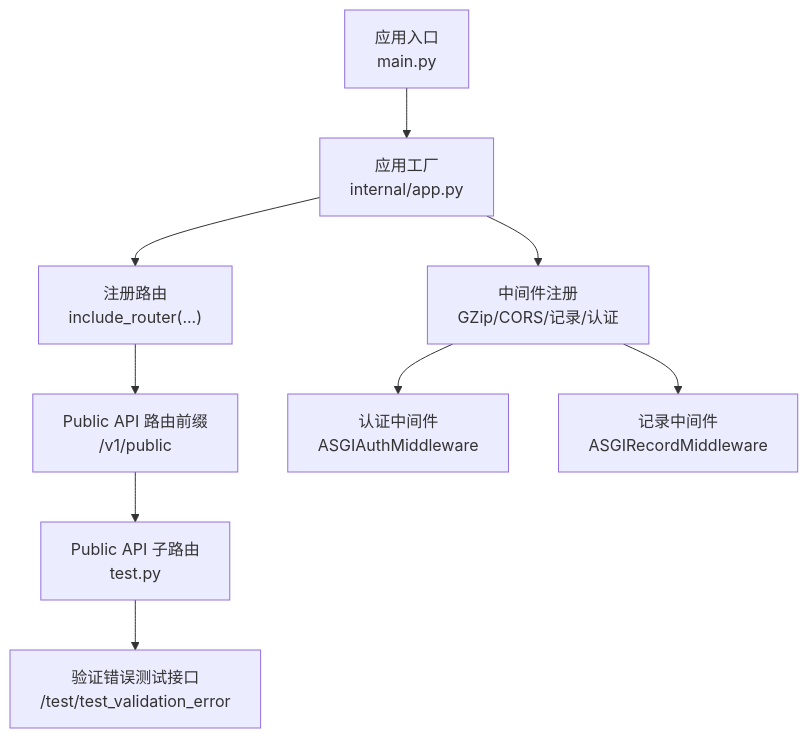
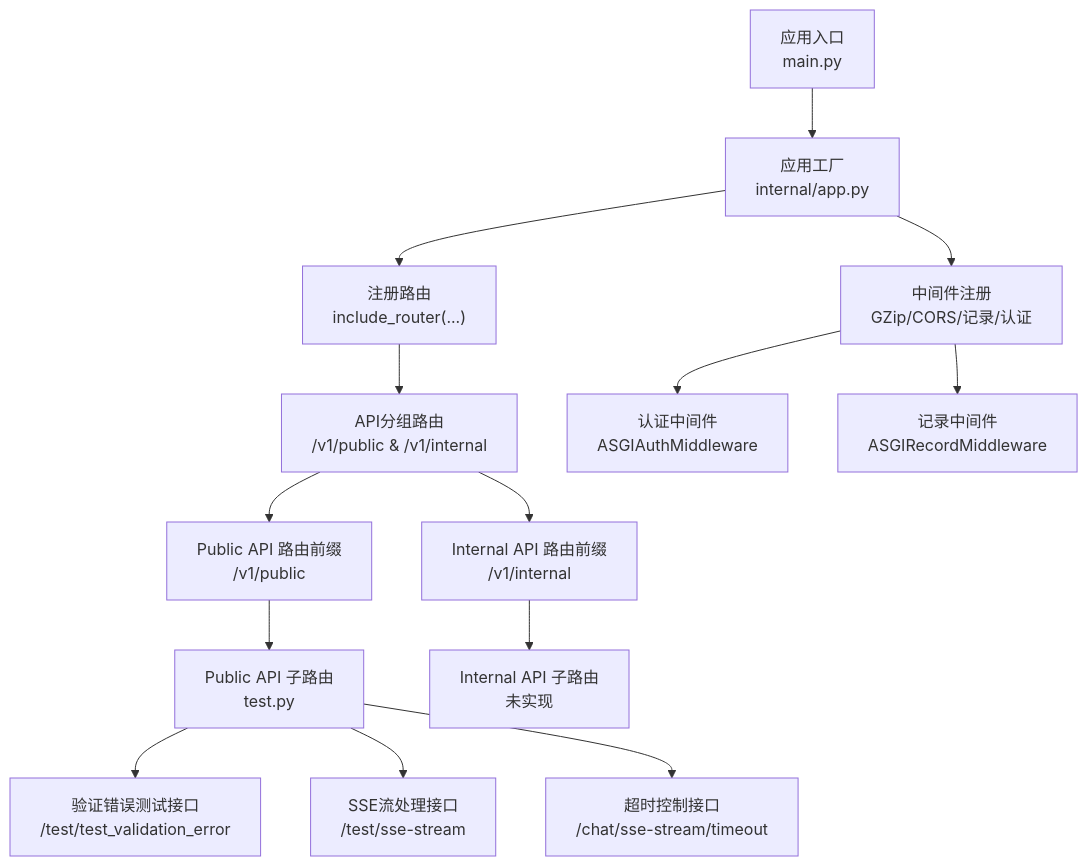
The first of 4 diagrams in .qoder/repowiki/zh/content/API接口文档/Public API接口.md (lilinzezzzzzz/fastapi-backend), drawn with Mermaid before and after one commit. The commit also changed other lines of this file and 42 other files, not shown here.

````diff
--- a/.qoder/repowiki/zh/content/API接口文档/Public API接口.md
+++ b/.qoder/repowiki/zh/content/API接口文档/Public API接口.md
@@ -45,11 +51,16 @@
 ```mermaid
 graph TB
 A["应用入口<br/>main.py"] --> B["应用工厂<br/>internal/app.py"]
 B --> C["注册路由<br/>include_router(...)"]
-C --> D["Public API 路由前缀<br/>/v1/public"]
-D --> E["Public API 子路由<br/>test.py"]
-E --> F["验证错误测试接口<br/>/test/test_validation_error"]
-B --> G["中间件注册<br/>GZip/CORS/记录/认证"]
-G --> H["认证中间件<br/>ASGIAuthMiddleware"]
-G --> I["记录中间件<br/>ASGIRecordMiddleware"]
+C --> D["API分组路由<br/>/v1/public & /v1/internal"]
+D --> E["Public API 路由前缀<br/>/v1/public"]
+D --> F["Internal API 路由前缀<br/>/v1/internal"]
+E --> G["Public API 子路由<br/>test.py"]
+F --> H["Internal API 子路由<br/>未实现"]
+G --> I["验证错误测试接口<br/>/test/test_validation_error"]
+G --> J["SSE流处理接口<br/>/test/sse-stream"]
+G --> K["超时控制接口<br/>/chat/sse-stream/timeout"]
+B --> L["中间件注册<br/>GZip/CORS/记录/认证"]
+L --> M["认证中间件<br/>ASGIAuthMiddleware"]
+L --> N["记录中间件<br/>ASGIRecordMiddleware"]
 ```
````
